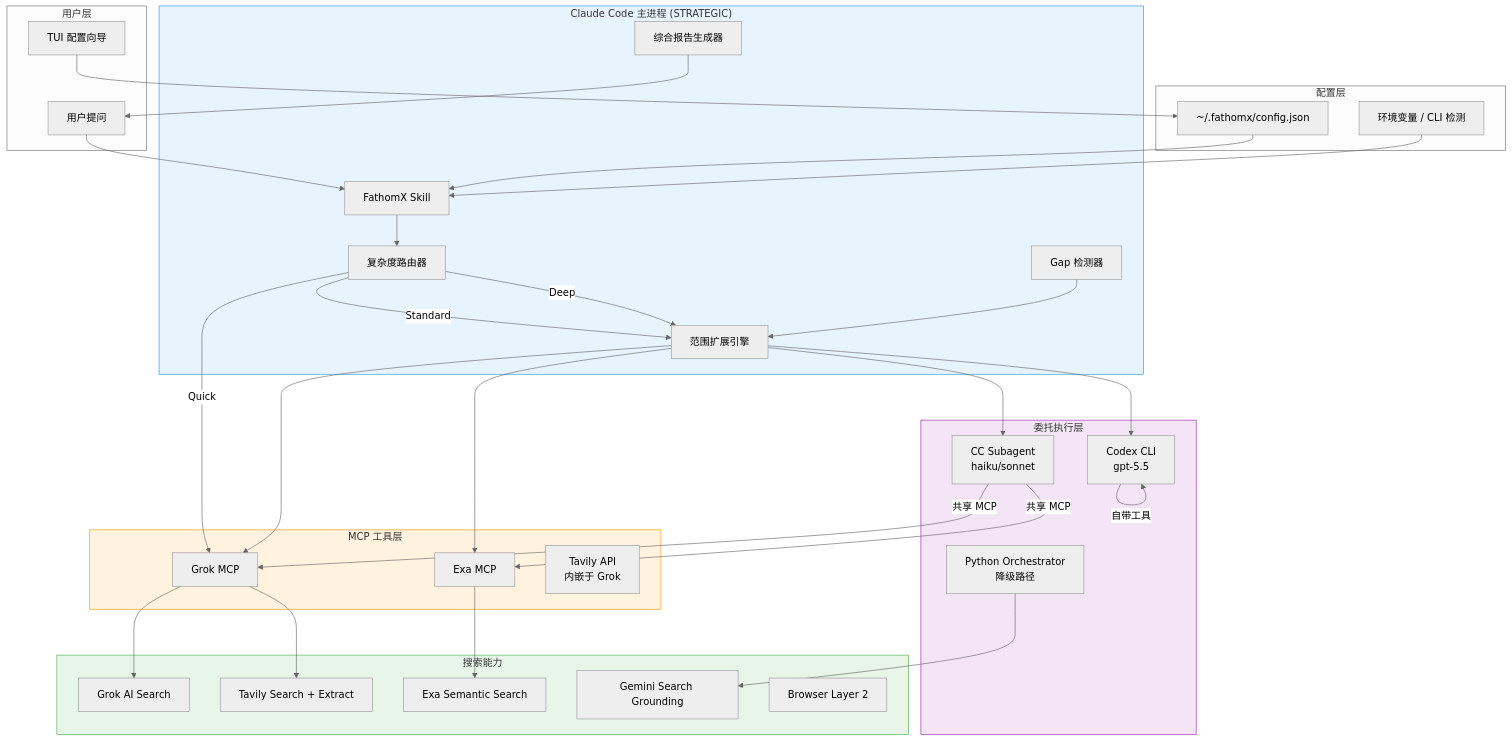
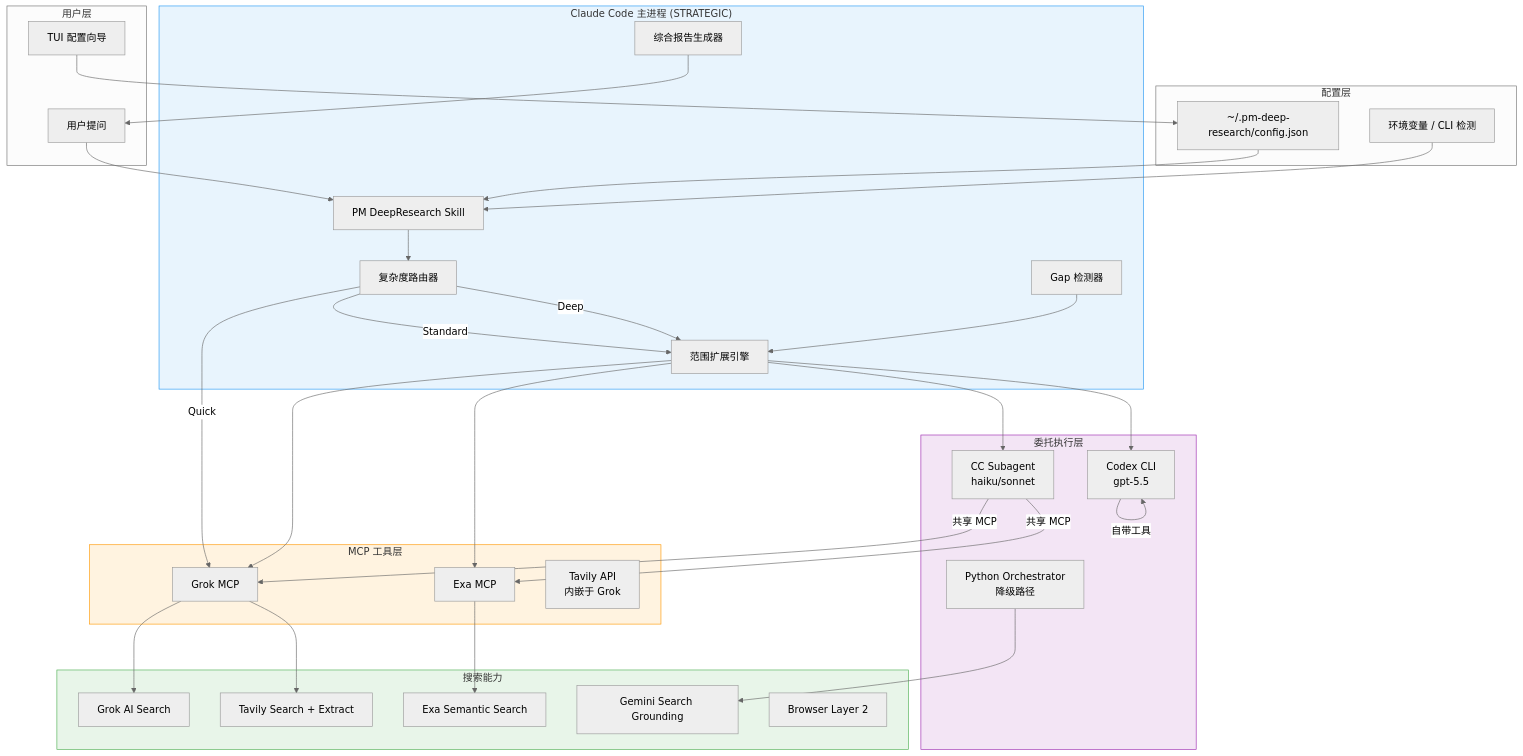
Before and after one commit to Runa798/fathomx: the first of 11 diagrams in docs/architecture.md, drawn with Mermaid (neutral theme). The commit also changed other lines of this file and 23 other files, not shown here.

First line of the commit message:
refactor: rebrand FathomX -> PM DeepResearch (text + filenames + links)

````diff
--- a/docs/architecture.md
+++ b/docs/architecture.md
@@ -48,68 +48,68 @@
 ```mermaid
 graph TB
     subgraph User["用户层"]
         U[用户提问]
         TUI[TUI 配置向导]
     end
 
     subgraph Claude["Claude Code 主进程 (STRATEGIC)"]
-        SKILL[FathomX Skill]
+        SKILL[PM DeepResearch Skill]
         ROUTER[复杂度路由器]
         SCOPE[范围扩展引擎]
         GAP[Gap 检测器]
         SYNTH[综合报告生成器]
     end
 
     subgraph MCP["MCP 工具层"]
         GROK[Grok MCP]
         EXA[Exa MCP]
         TAVILY[Tavily API<br/>内嵌于 Grok]
     end
 
     subgraph Delegate["委托执行层"]
         SUB[CC Subagent<br/>haiku/sonnet]
         CODEX[Codex CLI<br/>gpt-5.5]
         PYORCH[Python Orchestrator<br/>降级路径]
     end
 
     subgraph Search["搜索能力"]
         GROK_S[Grok AI Search]
         TAVILY_S[Tavily Search + Extract]
         EXA_S[Exa Semantic Search]
         GEMINI_S[Gemini Search Grounding]
         BROWSER[Browser Layer 2]
     end
 
     subgraph Config["配置层"]
-        CFG[~/.fathomx/config.json]
+        CFG[~/.pm-deep-research/config.json]
         ENV[环境变量 / CLI 检测]
     end
 
     U --> SKILL
     TUI --> CFG
     SKILL --> ROUTER
     ROUTER -->|Quick| GROK
     ROUTER -->|Standard| SCOPE
     ROUTER -->|Deep| SCOPE
     SCOPE --> SUB
     SCOPE --> CODEX
     SCOPE --> GROK
     SCOPE --> EXA
     SUB -->|共享 MCP| GROK
     SUB -->|共享 MCP| EXA
     GROK --> GROK_S
     GROK --> TAVILY_S
     EXA --> EXA_S
     CODEX -->|自带工具| CODEX
     PYORCH --> GEMINI_S
     GAP --> SCOPE
     SYNTH --> U
 
     CFG --> SKILL
     ENV --> SKILL
 
     style Claude fill:#e8f4fd,stroke:#2196F3
     style MCP fill:#fff3e0,stroke:#FF9800
     style Delegate fill:#f3e5f5,stroke:#9C27B0
     style Search fill:#e8f5e9,stroke:#4CAF50
 ```
````
